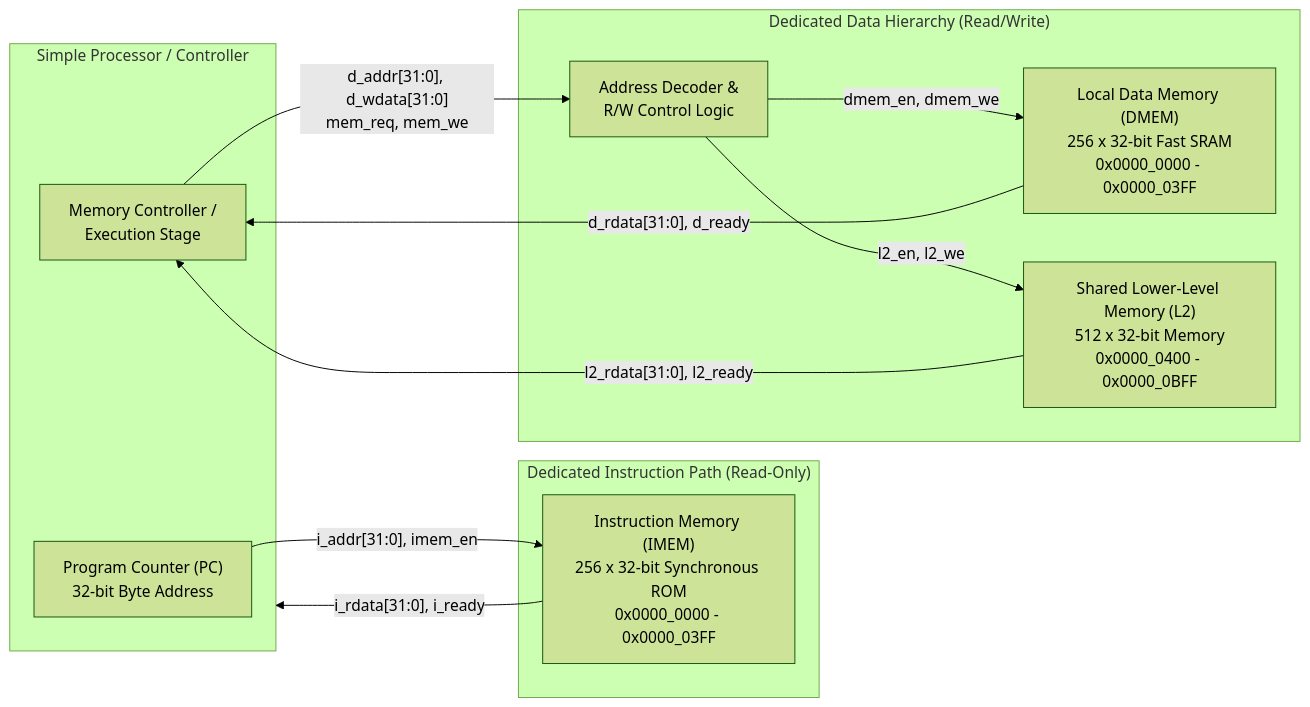
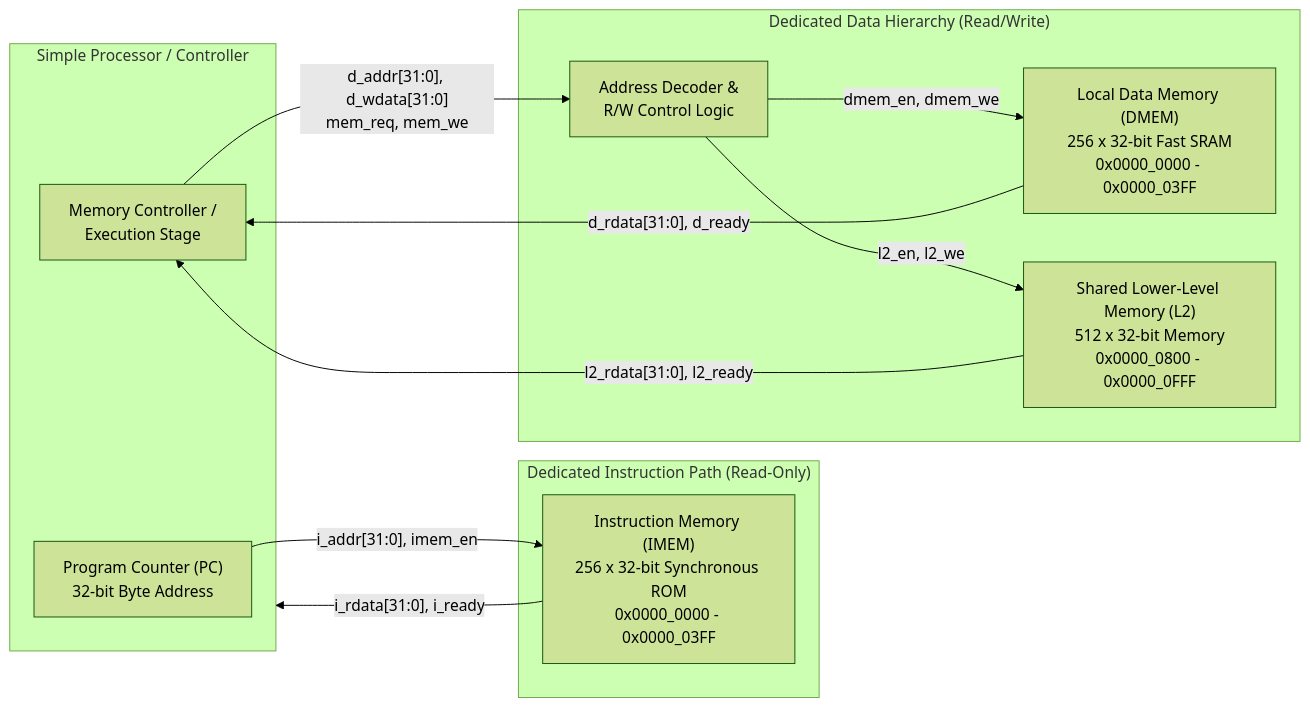
The diagram in README.md (palak22291/tle-harvard-memory-hierarchy), drawn with Mermaid (forest theme) before and after one commit. The commit also changed other lines of this file and 2 other files, not shown here.

````diff
--- a/README.md
+++ b/README.md
@@ -11,26 +11,26 @@
 ```mermaid
 flowchart LR
     subgraph CPU["Simple Processor / Controller"]
         PC["Program Counter (PC)<br/>32-bit Byte Address"]
         CTRL["Memory Controller /<br/>Execution Stage"]
     end
 
     subgraph Instruction_Path["Dedicated Instruction Path (Read-Only)"]
         IMEM["Instruction Memory (IMEM)<br/>256 x 32-bit Synchronous ROM<br/>0x0000_0000 - 0x0000_03FF"]
     end
 
     subgraph Data_Path["Dedicated Data Hierarchy (Read/Write)"]
         DEC["Address Decoder &<br/>R/W Control Logic"]
         DMEM["Local Data Memory (DMEM)<br/>256 x 32-bit Fast SRAM<br/>0x0000_0000 - 0x0000_03FF"]
-        L2["Shared Lower-Level Memory (L2)<br/>512 x 32-bit Memory<br/>0x0000_0400 - 0x0000_0BFF"]
+        L2["Shared Lower-Level Memory (L2)<br/>512 x 32-bit Memory<br/>0x0000_0800 - 0x0000_0FFF"]
     end
 
     PC -->|"i_addr[31:0], imem_en"| IMEM
     IMEM -->|"i_rdata[31:0], i_ready"| CPU
 
     CTRL -->|"d_addr[31:0], d_wdata[31:0]<br/>mem_req, mem_we"| DEC
     DEC -->|"dmem_en, dmem_we"| DMEM
     DEC -->|"l2_en, l2_we"| L2
     DMEM -->|"d_rdata[31:0], d_ready"| CTRL
     L2 -->|"l2_rdata[31:0], l2_ready"| CTRL
 ```
````
